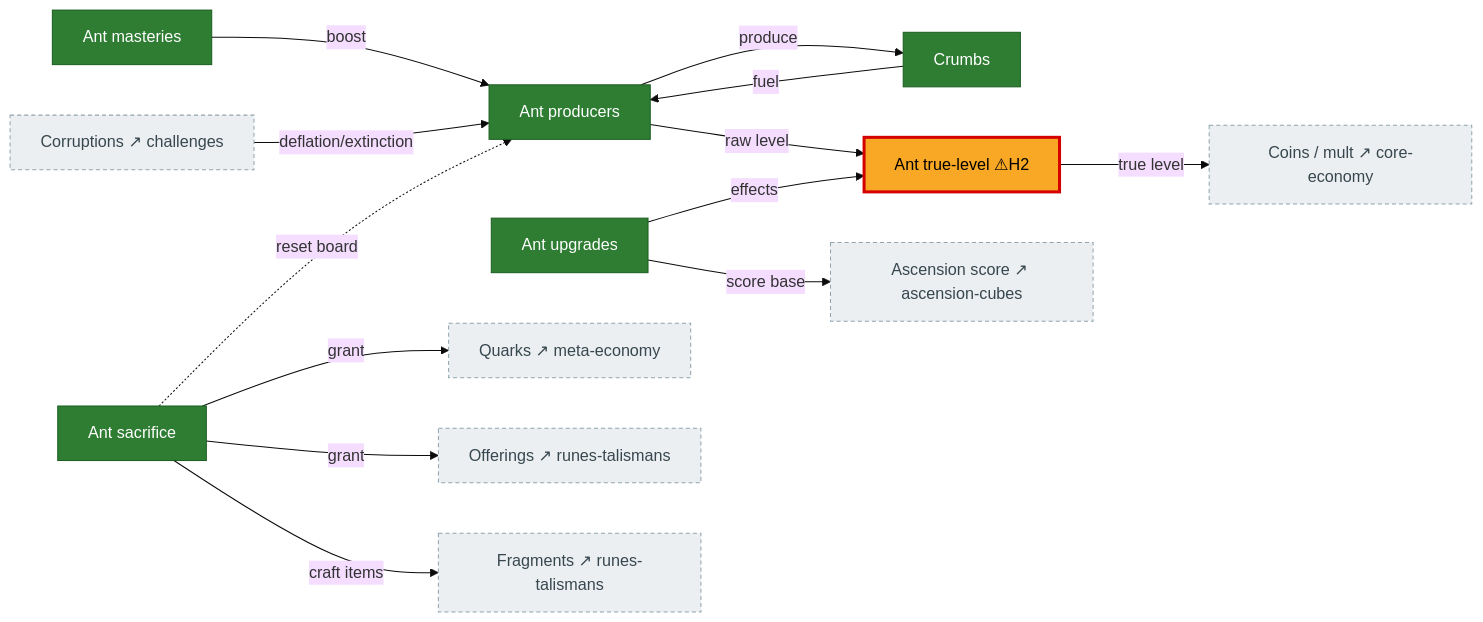
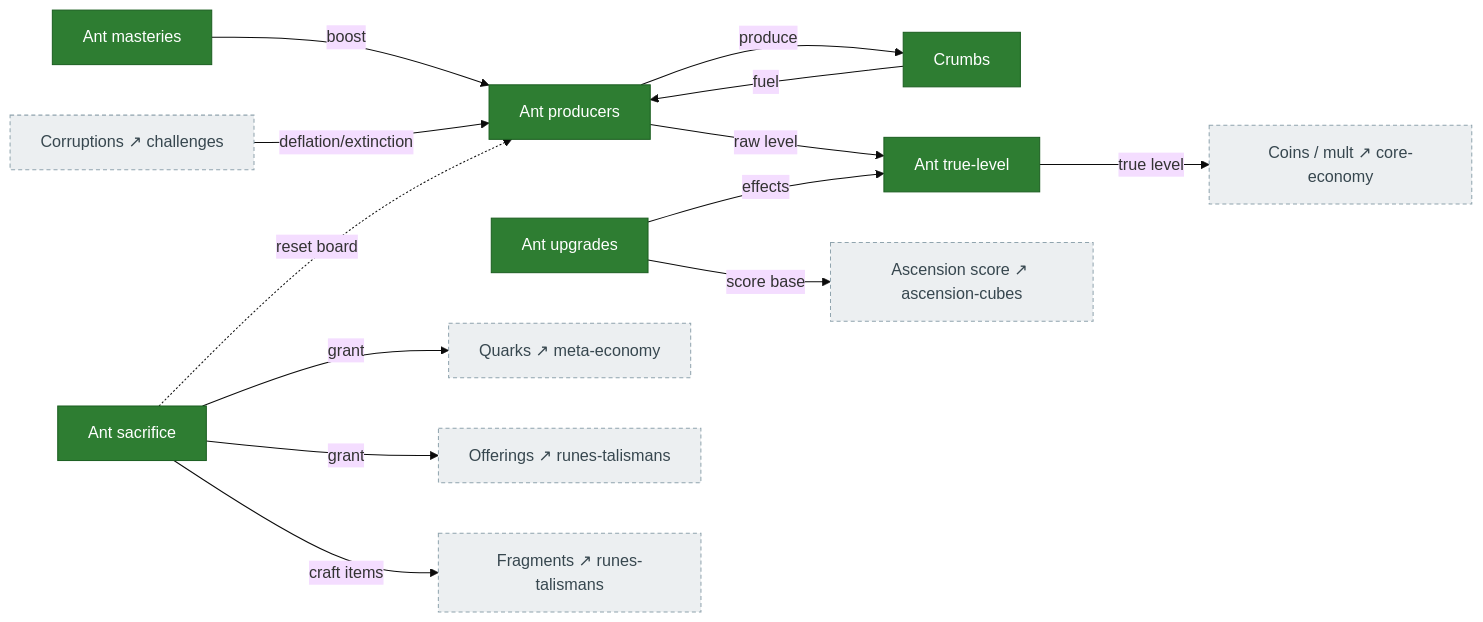
One commit to MaddisonM79/synergism_forkd changed the diagram in docs/systems/ants.md. Above: the diagram before and after it, drawn with Mermaid (base theme). The commit also changed other lines of this file and 3 other files, not shown here.

````diff
--- a/docs/systems/ants.md
+++ b/docs/systems/ants.md
@@ -10,33 +10,33 @@
 ```mermaid
 flowchart LR
   classDef ported fill:#2e7d32,color:#fff,stroke:#1b5e20;
   classDef bug fill:#f9a825,color:#000,stroke:#d50000,stroke-width:3px;
   classDef ext fill:#eceff1,color:#37474f,stroke:#90a4ae,stroke-dasharray:4 3;
 
   antProd["Ant producers"]:::ported
   antCrumbs["Crumbs"]:::ported
   antMastery["Ant masteries"]:::ported
   antUpg["Ant upgrades"]:::ported
-  antTrueLvl["Ant true-level ⚠H2"]:::bug
+  antTrueLvl["Ant true-level"]:::ported
   antSac["Ant sacrifice"]:::ported
 
   corr["Corruptions ↗ challenges"]:::ext
   coins["Coins / mult ↗ core-economy"]:::ext
   score["Ascension score ↗ ascension-cubes"]:::ext
   quarks["Quarks ↗ meta-economy"]:::ext
   off["Offerings ↗ runes-talismans"]:::ext
   frag["Fragments ↗ runes-talismans"]:::ext
 
   antProd -->|"produce"| antCrumbs
   antCrumbs -->|"fuel"| antProd
   antMastery -->|"boost"| antProd
   antProd -->|"raw level"| antTrueLvl
   antUpg -->|"effects"| antTrueLvl
   corr -->|"deflation/extinction"| antProd
   antTrueLvl -->|"true level"| coins
   antUpg -->|"score base"| score
   antSac -->|"grant"| quarks
   antSac -->|"grant"| off
   antSac -->|"craft items"| frag
   antSac -.->|"reset board"| antProd
 ```
````
